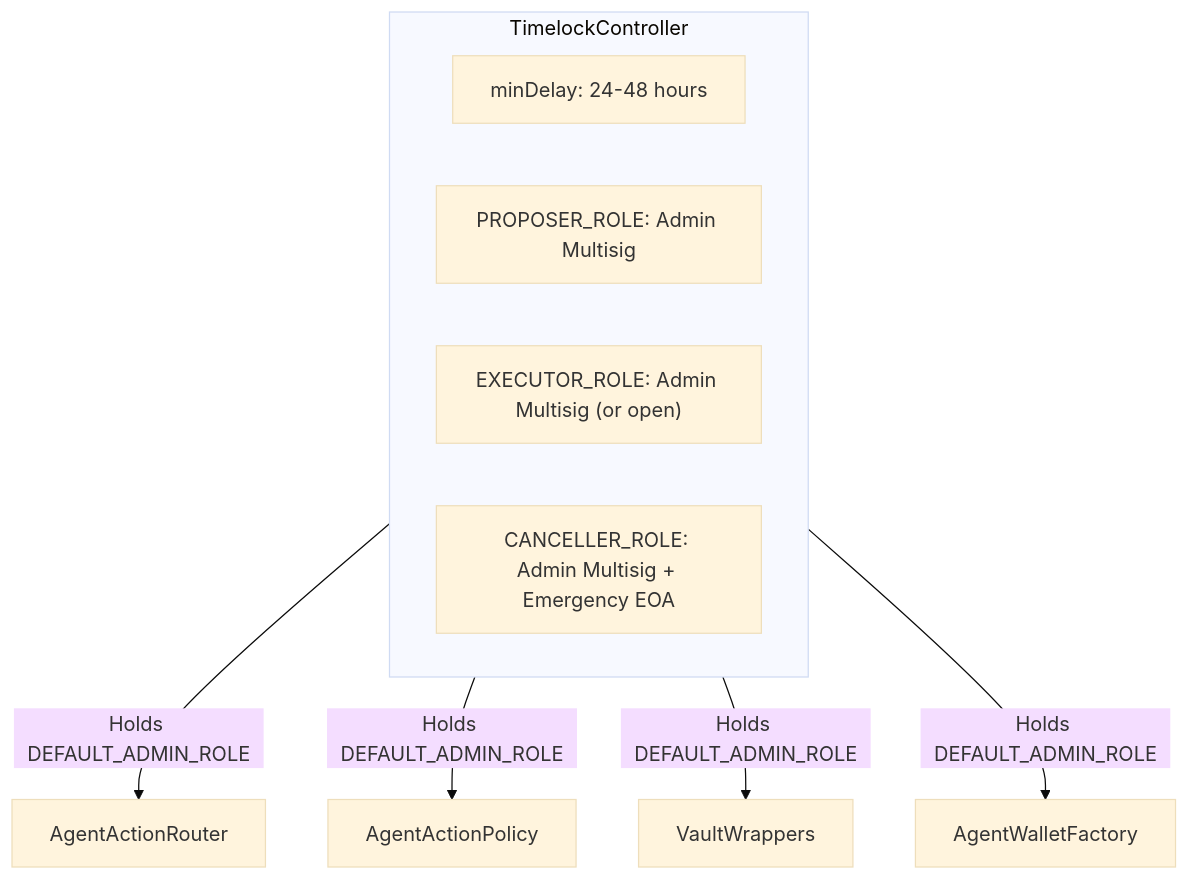
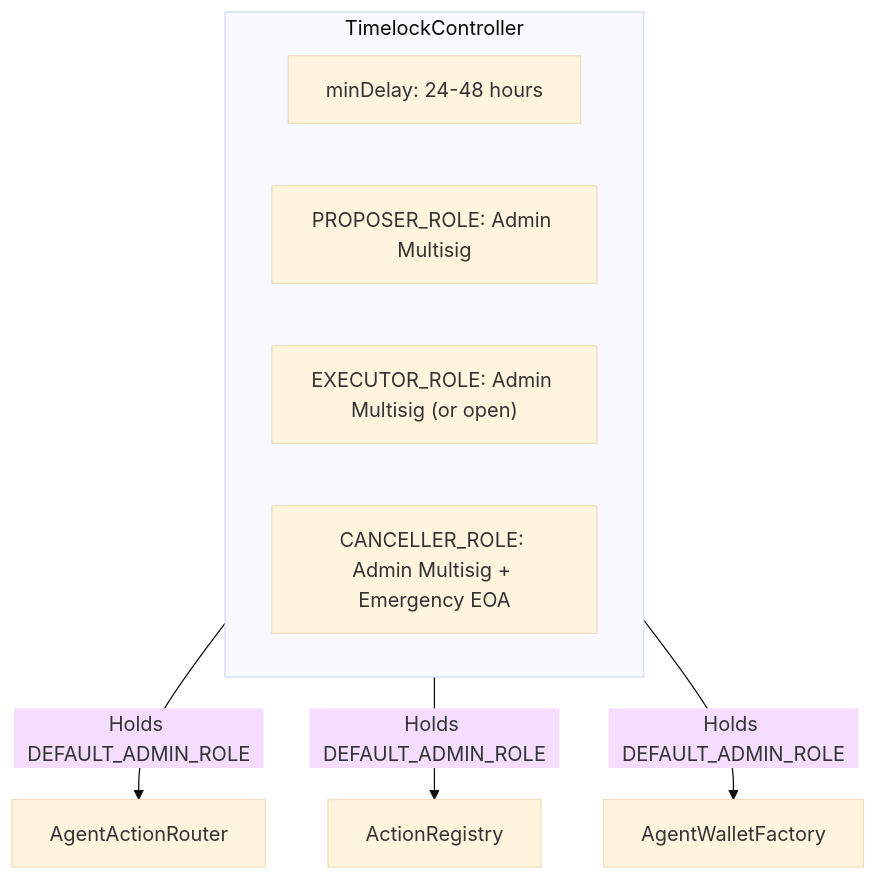
One commit to tokenpage/yieldseeker-contracts changed the first of 8 diagrams in blockchain3/README.md. Above: the diagram before and after it, drawn with Mermaid (base theme). The commit also changed other lines of this file and 39 other files, not shown here.

````diff
--- a/blockchain3/README.md
+++ b/blockchain3/README.md
@@ -65,14 +75,13 @@
 ```mermaid
 flowchart TB
     subgraph Timelock["TimelockController"]
         delay["minDelay: 24-48 hours"]
         proposer["PROPOSER_ROLE: Admin Multisig"]
         executor["EXECUTOR_ROLE: Admin Multisig (or open)"]
         canceller["CANCELLER_ROLE: Admin Multisig + Emergency EOA"]
     end
 
     Timelock -->|"Holds DEFAULT_ADMIN_ROLE"| Router["AgentActionRouter"]
-    Timelock -->|"Holds DEFAULT_ADMIN_ROLE"| Policy["AgentActionPolicy"]
-    Timelock -->|"Holds DEFAULT_ADMIN_ROLE"| Wrappers["VaultWrappers"]
+    Timelock -->|"Holds DEFAULT_ADMIN_ROLE"| Registry["ActionRegistry"]
     Timelock -->|"Holds DEFAULT_ADMIN_ROLE"| Factory["AgentWalletFactory"]
 ```
````
